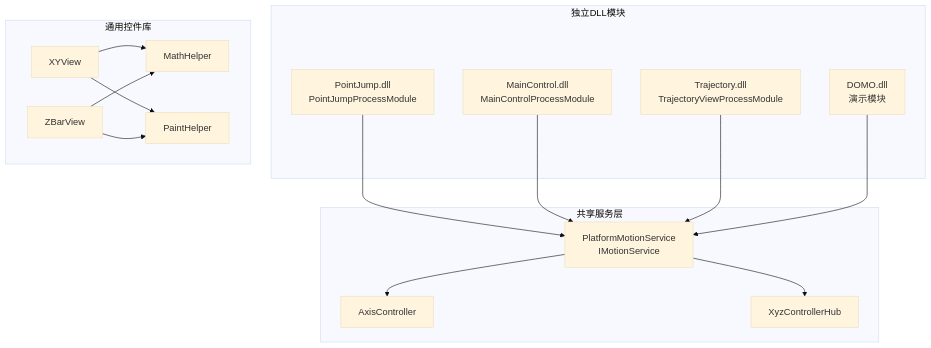
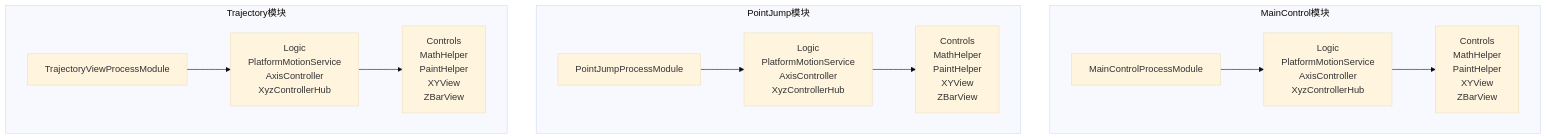
The first of 8 diagrams in .qoder/repowiki/zh/content/架构设计/模块化架构设计.md (fuweiq94-cloud/339918076), drawn with Mermaid (base theme) before and after one commit. The commit also changed other lines of this file and 84 other files, not shown here.

````diff
--- a/.qoder/repowiki/zh/content/架构设计/模块化架构设计.md
+++ b/.qoder/repowiki/zh/content/架构设计/模块化架构设计.md
@@ -60,30 +58,24 @@
 ```mermaid
 graph TB
-subgraph "独立DLL模块"
-PJ["PointJump.dll<br/>PointJumpProcessModule"]
-MC["MainControl.dll<br/>MainControlProcessModule"]
-TR["Trajectory.dll<br/>TrajectoryViewProcessModule"]
-DM["DOMO.dll<br/>演示模块"]
+subgraph "MainControl模块"
+MCMod["MainControlProcessModule"]
+MCLogic["Logic<br/>PlatformMotionService<br/>AxisController<br/>XyzControllerHub"]
+MCControls["Controls<br/>MathHelper<br/>PaintHelper<br/>XYView<br/>ZBarView"]
 end
-subgraph "共享服务层"
-LMS["PlatformMotionService<br/>IMotionService"]
-AC["AxisController"]
-XH["XyzControllerHub"]
+subgraph "PointJump模块"
+PJMod["PointJumpProcessModule"]
+PJLogic["Logic<br/>PlatformMotionService<br/>AxisController<br/>XyzControllerHub"]
+PJControls["Controls<br/>MathHelper<br/>PaintHelper<br/>XYView<br/>ZBarView"]
 end
-subgraph "通用控件库"
-XYV["XYView"]
-ZBV["ZBarView"]
-MH["MathHelper"]
-PH["PaintHelper"]
+subgraph "Trajectory模块"
+TRMod["TrajectoryViewProcessModule"]
+TRLogic["Logic<br/>PlatformMotionService<br/>AxisController<br/>XyzControllerHub"]
+TRControls["Controls<br/>MathHelper<br/>PaintHelper<br/>XYView<br/>ZBarView"]
 end
-PJ --> LMS
-MC --> LMS
-TR --> LMS
-DM --> LMS
-LMS --> AC
-LMS --> XH
-XYV --> MH
-XYV --> PH
-ZBV --> MH
-ZBV --> PH
+MCMod --> MCLogic
+MCLogic --> MCControls
+PJMod --> PJLogic
+PJLogic --> PJControls
+TRMod --> TRLogic
+TRLogic --> TRControls
 ```
````
